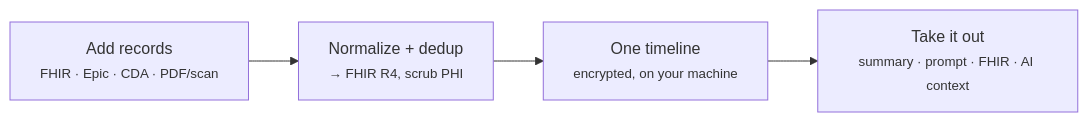
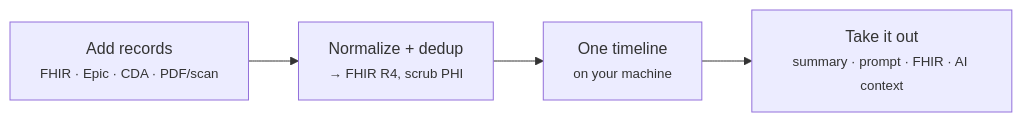
One commit to potalora/ai-clinical-uploads-exports changed the first of 3 diagrams in README.md. Above: the diagram before and after it, drawn with Mermaid. The commit also changed other lines of this file, not shown here.

````diff
--- a/README.md
+++ b/README.md
@@ -42,8 +42,8 @@
 ```mermaid
 flowchart LR
     I["Add records<br/><small>FHIR · Epic · CDA · PDF/scan</small>"]
     N["Normalize + dedup<br/><small>→ FHIR R4, scrub PHI</small>"]
-    S["One timeline<br/><small>encrypted, on your machine</small>"]
+    S["One timeline<br/><small>on your machine</small>"]
     O["Take it out<br/><small>summary · prompt · FHIR · AI context</small>"]
     I --> N --> S --> O
 ```
````
